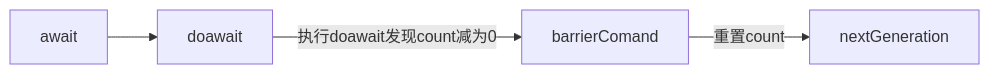
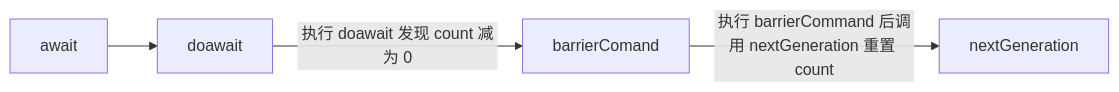
Before and after one commit to csliujw/CodeNotes: the fourth of 13 diagrams in Java-Multithreading/08-JUC.md, drawn with Mermaid. The commit also changed other lines of this file and 15 other files, not shown here.

````diff
--- a/Java-Multithreading/08-JUC.md
+++ b/Java-Multithreading/08-JUC.md
@@ -176,4 +214,4 @@
 ```mermaid
 graph LR
-await-->doawait-->|执行doawait发现count减为0|barrierComand-->|重置count|nextGeneration
+await-->doawait-->| 执行 doawait 发现 count 减为 0 | barrierComand-->|执行 barrierCommand 后调用 nextGeneration 重置 count|nextGeneration
 ```
````
